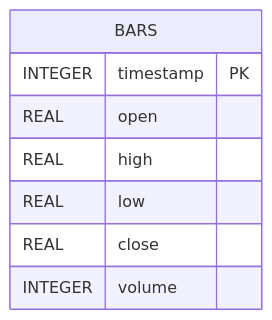
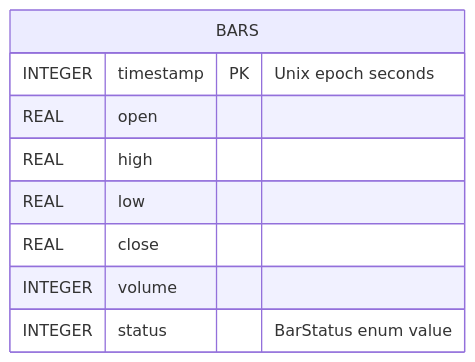
One commit to simonbeaudoin0935/OpenTraderPlatform changed the second of 6 diagrams in Src/Core/Cache/BarCache/BarCache.md. Above: the diagram before and after it, drawn with Mermaid. The commit also changed other lines of this file and 3 other files, not shown here.

````diff
--- a/Src/Core/Cache/BarCache/BarCache.md
+++ b/Src/Core/Cache/BarCache/BarCache.md
@@ -94,11 +119,12 @@
 ```mermaid
 erDiagram
     BARS {
-        INTEGER timestamp PK
+        INTEGER timestamp PK "Unix epoch seconds"
         REAL open
         REAL high
         REAL low
         REAL close
         INTEGER volume
+        INTEGER status "BarStatus enum value"
     }
 ```
````
